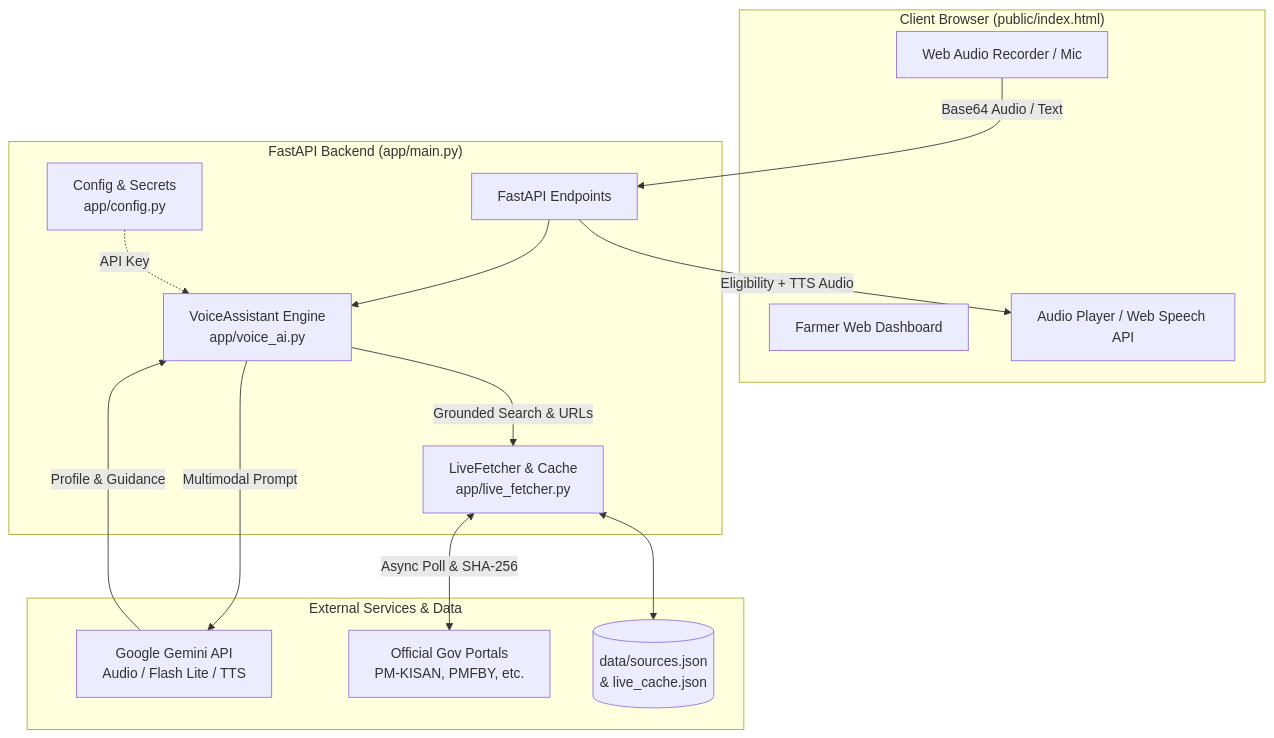
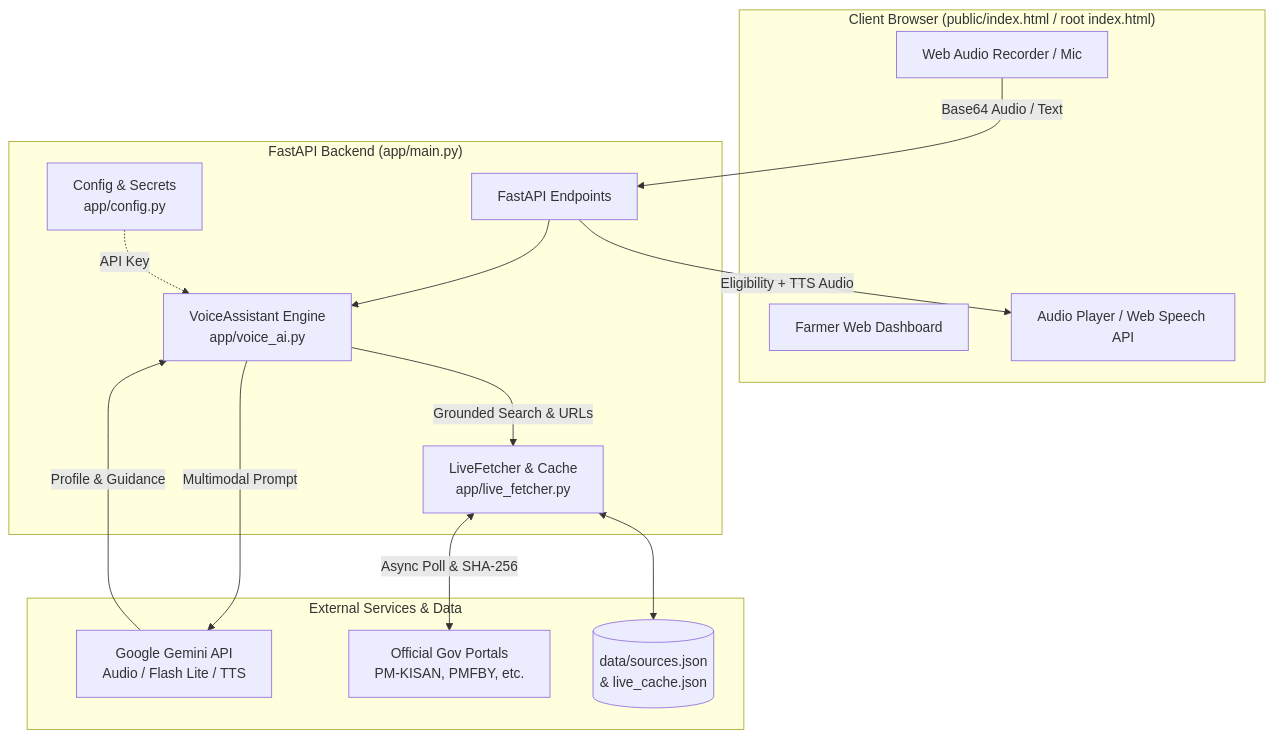
The diagram in README.md (vkbasu/kissanai), drawn with Mermaid before and after one commit. The commit also changed other lines of this file and 4 other files, not shown here.

````diff
--- a/README.md
+++ b/README.md
@@ -65,31 +68,31 @@
 ```mermaid
 flowchart TD
-    subgraph Client ["Client Browser (public/index.html)"]
+    subgraph Client ["Client Browser (public/index.html / root index.html)"]
         UI[Farmer Web Dashboard]
         MIC[Web Audio Recorder / Mic]
         SPEAKER[Audio Player / Web Speech API]
     end
 
     subgraph Server ["FastAPI Backend (app/main.py)"]
         API[FastAPI Endpoints]
         VA[VoiceAssistant Engine<br/>app/voice_ai.py]
         LF[LiveFetcher & Cache<br/>app/live_fetcher.py]
         CONFIG[Config & Secrets<br/>app/config.py]
     end
 
     subgraph External ["External Services & Data"]
         GEMINI[Google Gemini API<br/>Audio / Flash Lite / TTS]
         GOV_PORTALS[Official Gov Portals<br/>PM-KISAN, PMFBY, etc.]
         SOURCES[(data/sources.json<br/>& live_cache.json)]
     end
 
     MIC -->|Base64 Audio / Text| API
     API --> VA
     VA -->|Multimodal Prompt| GEMINI
     GEMINI -->|Profile & Guidance| VA
     VA -->|Grounded Search & URLs| LF
     LF <-->|Async Poll & SHA-256| GOV_PORTALS
     LF <--> SOURCES
     API -->|Eligibility + TTS Audio| SPEAKER
     CONFIG -.->|API Key| VA
 ```
````
